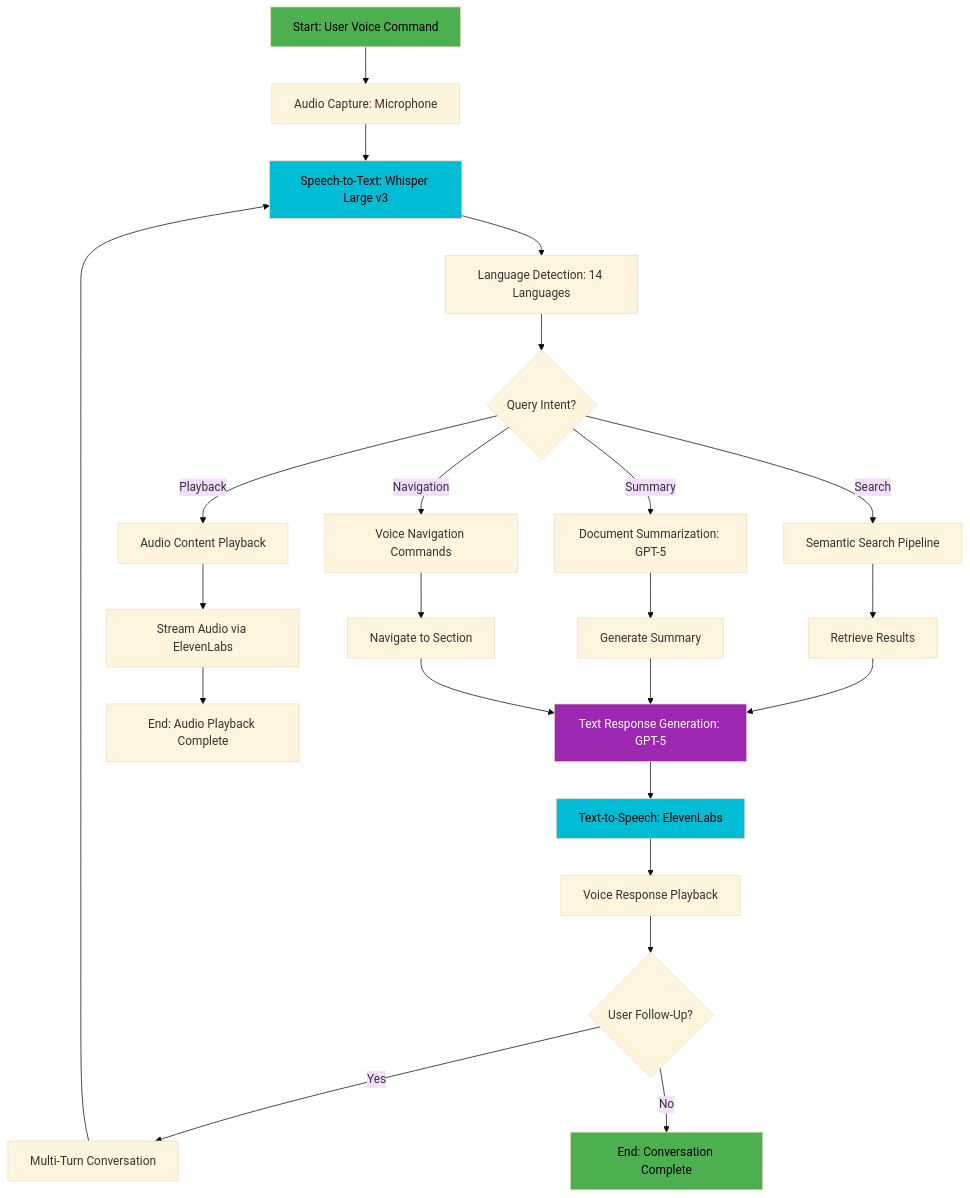
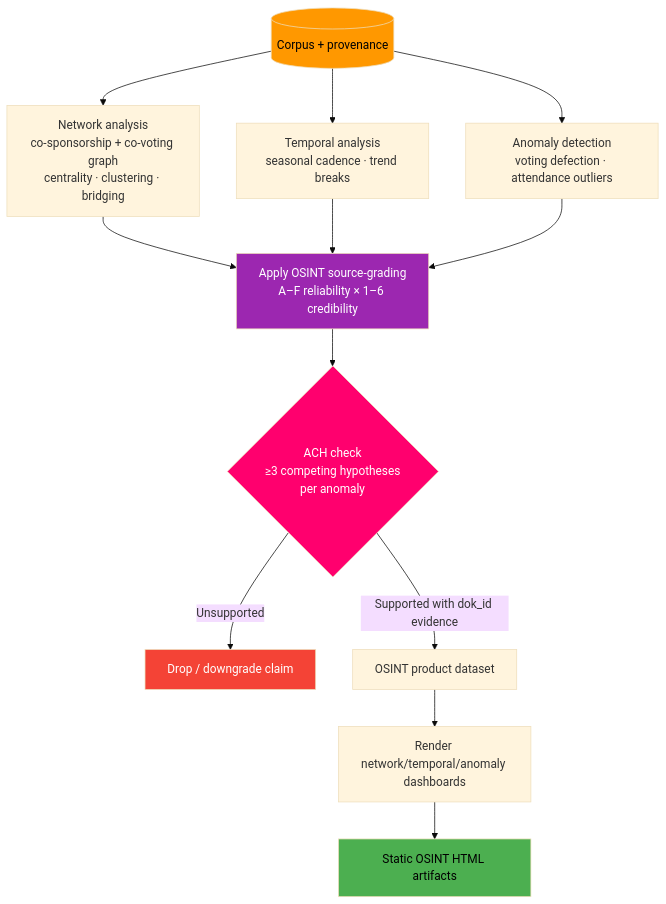
One commit to Hack23/riksdagsmonitor changed the ninth of 24 diagrams in FUTURE_FLOWCHART.md. Above: the diagram before and after it, drawn with Mermaid (base theme). The commit also changed other lines of this file and 5 other files, not shown here.

Commit message:
Rewrite FUTURE_DATA_MODEL.md as three-horizon data architecture (v3.0)

````diff
--- a/FUTURE_FLOWCHART.md
+++ b/FUTURE_FLOWCHART.md
@@ -675,38 +337,21 @@
 ```mermaid
 flowchart TD
-    A[Start: User Voice Command] --> B[Audio Capture: Microphone]
-    B --> C[Speech-to-Text: Whisper Large v3]
-    C --> D[Language Detection: 14 Languages]
-    
-    D --> E{Query Intent?}
-    
-    E -->|Search| F[Semantic Search Pipeline]
-    E -->|Summary| G[Document Summarization: GPT-5]
-    E -->|Navigation| H[Voice Navigation Commands]
-    E -->|Playback| I[Audio Content Playback]
-    
-    F --> J[Retrieve Results]
-    G --> K[Generate Summary]
-    H --> L[Navigate to Section]
-    I --> M[Stream Audio via ElevenLabs]
-    
-    J --> N[Text Response Generation: GPT-5]
-    K --> N
-    L --> N
-    M --> O[End: Audio Playback Complete]
-    
-    N --> P[Text-to-Speech: ElevenLabs]
-    P --> Q[Voice Response Playback]
-    Q --> R{User Follow-Up?}
-    
-    R -->|Yes| S[Multi-Turn Conversation]
-    S --> C
-    
-    R -->|No| T[End: Conversation Complete]
-    
-    style A fill:#4caf50,color:#000000
-    style C fill:#00bcd4,color:#000000
-    style N fill:#9c27b0,color:#ffffff
-    style P fill:#00bcd4,color:#000000
-    style T fill:#4caf50,color:#000000
+    IN[(Corpus + provenance)] --> NET[Network analysis<br/>co-sponsorship + co-voting graph<br/>centrality · clustering · bridging]
+    IN --> TEMP[Temporal analysis<br/>seasonal cadence · trend breaks]
+    IN --> ANOM[Anomaly detection<br/>voting defection · attendance outliers]
+
+    NET --> SCORE[Apply OSINT source-grading<br/>A–F reliability × 1–6 credibility]
+    TEMP --> SCORE
+    ANOM --> SCORE
+    SCORE --> ACH{ACH check<br/>≥3 competing hypotheses<br/>per anomaly}
+    ACH -->|Unsupported| DROP[Drop / downgrade claim]
+    ACH -->|Supported with dok_id evidence| PROD[OSINT product dataset]
+    PROD --> VIZ[Render network/temporal/anomaly dashboards]
+    VIZ --> OUTO[Static OSINT HTML artifacts]
+
+    style IN fill:#ff9800,color:#000000
+    style SCORE fill:#9c27b0,color:#ffffff
+    style ACH fill:#ff006e,color:#ffffff
+    style DROP fill:#f44336,color:#ffffff
+    style OUTO fill:#4caf50,color:#000000
 ```
````
